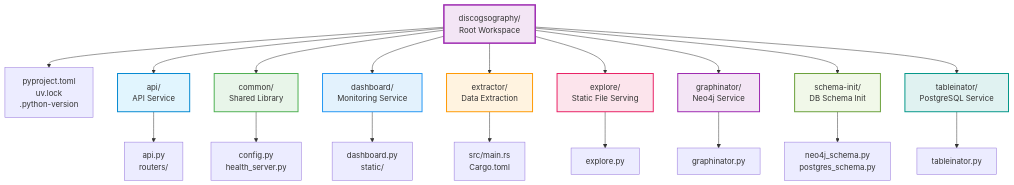
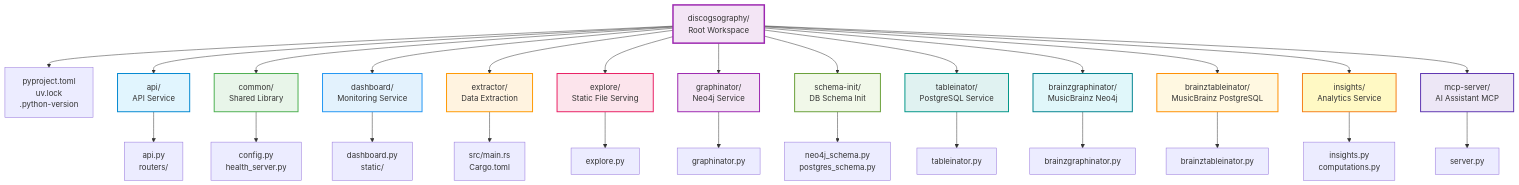
One commit to SimplicityGuy/discogsography changed the diagram in docs/monorepo-guide.md. Above: the diagram before and after it, drawn with Mermaid. The commit also changed other lines of this file and 12 other files, not shown here.

````diff
--- a/docs/monorepo-guide.md
+++ b/docs/monorepo-guide.md
@@ -39,6 +39,18 @@
     Tableinator[tableinator/<br/>PostgreSQL Service]
     TableFiles[tableinator.py]
 
+    BrainzGraph[brainzgraphinator/<br/>MusicBrainz Neo4j]
+    BrainzGraphFiles[brainzgraphinator.py]
+
+    BrainzTable[brainztableinator/<br/>MusicBrainz PostgreSQL]
+    BrainzTableFiles[brainztableinator.py]
+
+    Insights[insights/<br/>Analytics Service]
+    InsightsFiles[insights.py<br/>computations.py]
+
+    MCPServer[mcp-server/<br/>AI Assistant MCP]
+    MCPFiles[server.py]
+
     Root --> RootFiles
     Root --> API
     Root --> Common
@@ -48,6 +60,10 @@
     Root --> Graphinator
     Root --> SchemaInit
     Root --> Tableinator
+    Root --> BrainzGraph
+    Root --> BrainzTable
+    Root --> Insights
+    Root --> MCPServer
 
     API --> APIFiles
     Common --> CommonFiles
@@ -57,6 +73,10 @@
     Graphinator --> GraphFiles
     SchemaInit --> SchemaFiles
     Tableinator --> TableFiles
+    BrainzGraph --> BrainzGraphFiles
+    BrainzTable --> BrainzTableFiles
+    Insights --> InsightsFiles
+    MCPServer --> MCPFiles
 
     style Root fill:#f3e5f5,stroke:#9c27b0,stroke-width:3px
     style API fill:#e1f5fe,stroke:#0288d1,stroke-width:2px
@@ -67,4 +87,8 @@
     style Graphinator fill:#f3e5f5,stroke:#9c27b0,stroke-width:2px
     style SchemaInit fill:#f1f8e9,stroke:#689f38,stroke-width:2px
     style Tableinator fill:#e0f2f1,stroke:#009688,stroke-width:2px
+    style BrainzGraph fill:#e0f7fa,stroke:#00838f,stroke-width:2px
+    style BrainzTable fill:#fff8e1,stroke:#ff8f00,stroke-width:2px
+    style Insights fill:#fff9c4,stroke:#f57f17,stroke-width:2px
+    style MCPServer fill:#ede7f6,stroke:#5e35b1,stroke-width:2px
 ```
````
